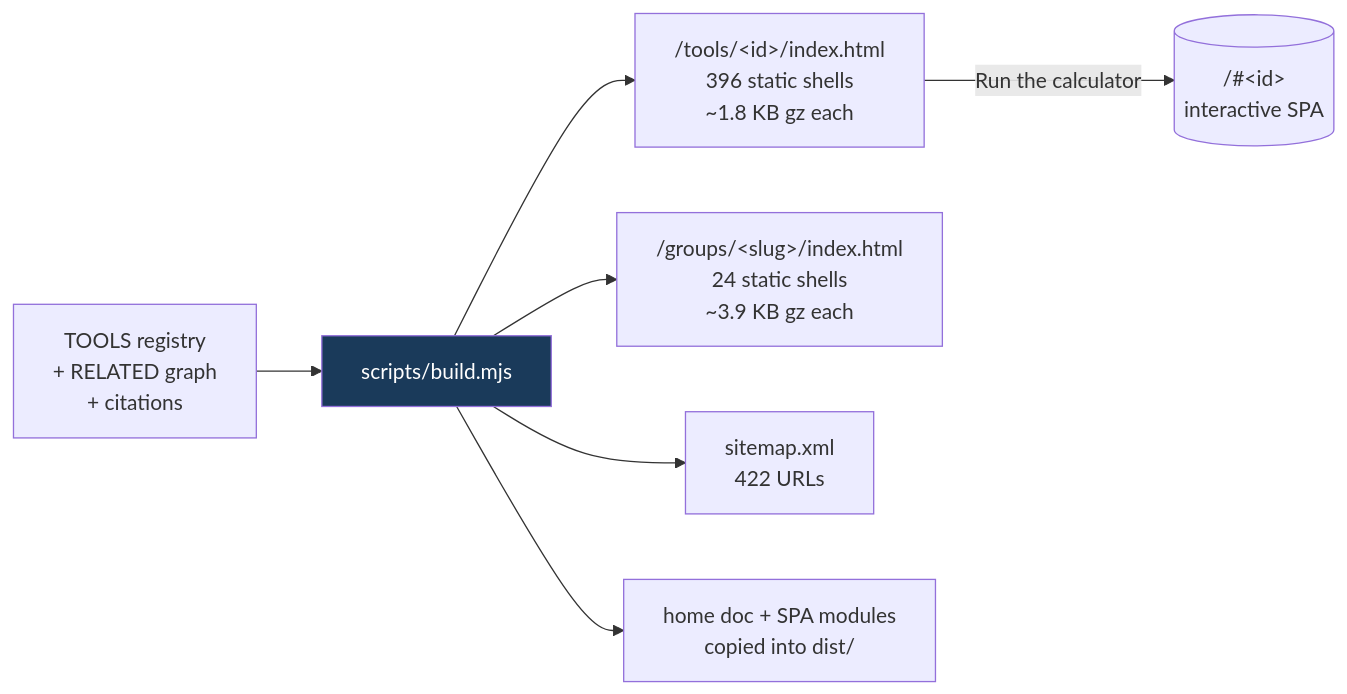
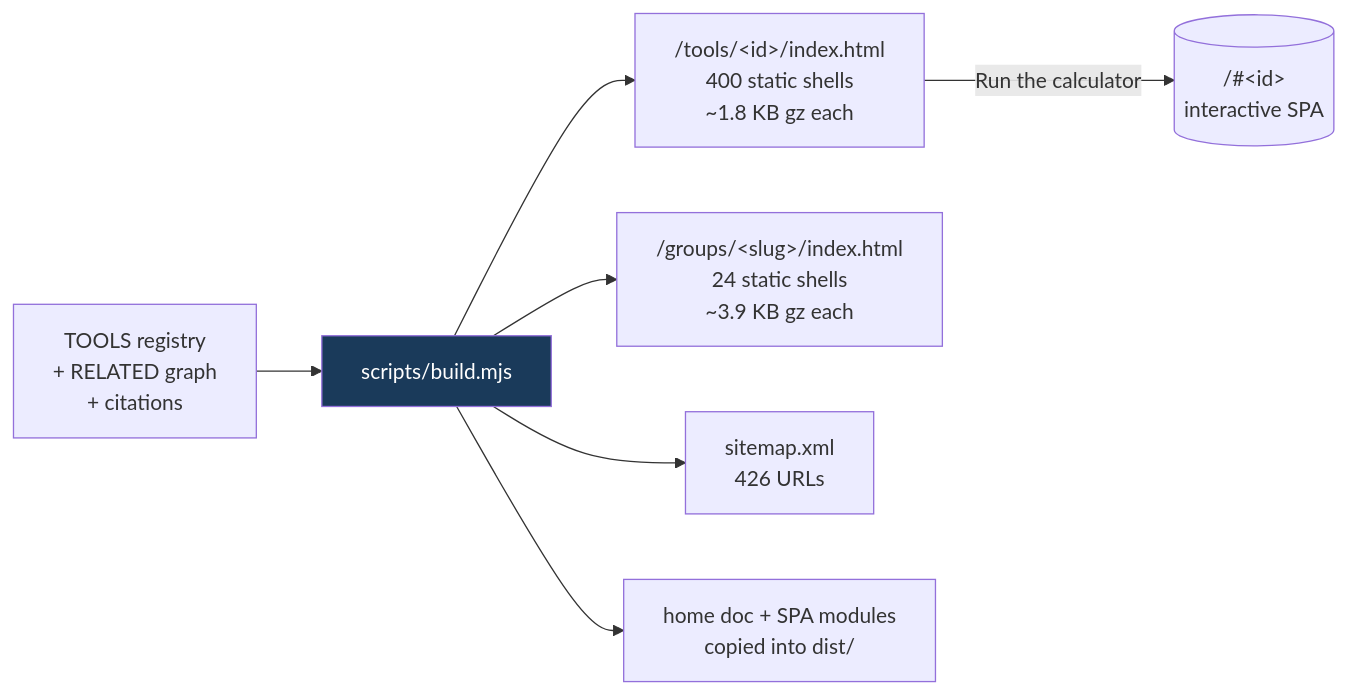
The third of 5 diagrams in README.md (clay-good/roughlogic.com), drawn with Mermaid before and after one commit. The commit also changed other lines of this file and 21 other files, not shown here.

````diff
--- a/README.md
+++ b/README.md
@@ -180,10 +180,10 @@
 ```mermaid
 flowchart LR
     SRC[TOOLS registry\n+ RELATED graph\n+ citations] --> BUILD[scripts/build.mjs]
-    BUILD --> TILE["/tools/&lt;id&gt;/index.html\n396 static shells\n~1.8 KB gz each"]
+    BUILD --> TILE["/tools/&lt;id&gt;/index.html\n400 static shells\n~1.8 KB gz each"]
     BUILD --> GROUP["/groups/&lt;slug&gt;/index.html\n24 static shells\n~3.9 KB gz each"]
-    BUILD --> MAP["sitemap.xml\n422 URLs"]
+    BUILD --> MAP["sitemap.xml\n426 URLs"]
     BUILD --> COPY[home doc + SPA modules\ncopied into dist/]
     TILE -->|Run the calculator| SPA[("/#&lt;id&gt;\ninteractive SPA")]
     style BUILD fill:#1a3a5a,color:#fff
 ```
````
